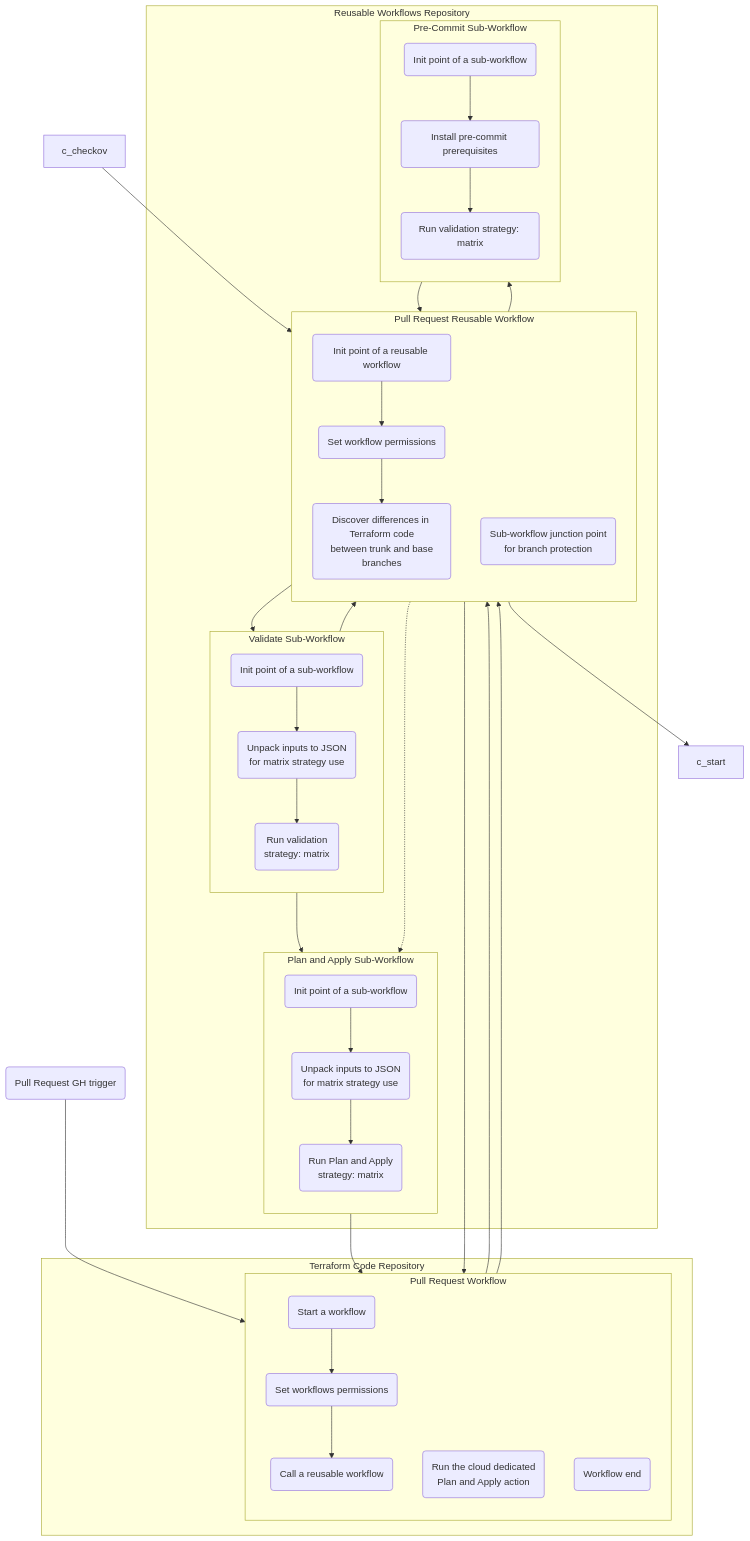
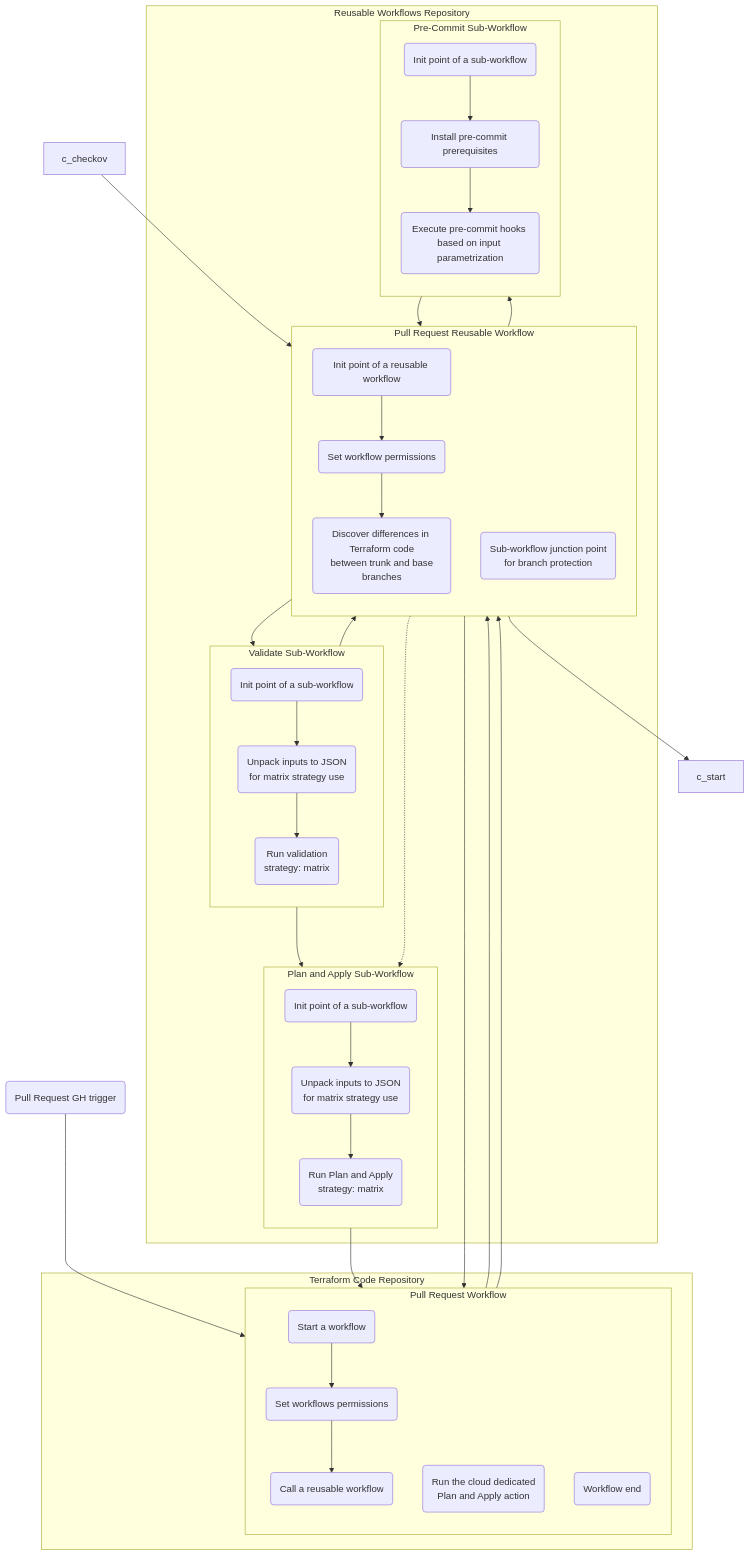
Before and after one commit to PaloAltoNetworks/terraform-modules-swfw-ci-workflows: the second of 2 diagrams in README.md, drawn with Mermaid. The commit also changed 3 other files, not shown here.

````diff
--- a/README.md
+++ b/README.md
@@ -42,51 +42,51 @@
 ```mermaid
 flowchart
   trig(Pull Request GH trigger) --> t_start
   subgraph Terraform Code Repository
     subgraph T [Pull Request Workflow]
         direction TB
         t_start(Start a workflow)-->t_init(Set workflows permissions)
         t_init-->t_call(Call a reusable workflow)
         t_apply_action(Run the cloud dedicated\nPlan and Apply action)
         t_stop(Workflow end)
     end
   end
   subgraph Reusable Workflows Repository
     subgraph G [Pull Request Reusable Workflow]
         direction TB
         g_start(Init point of a reusable workflow)-->g_init(Set workflow permissions)
         g_init-->g_diff(Discover differences in Terraform code\n between trunk and base branches)
         g_junction(Sub-workflow junction point\nfor branch protection)
     end
     subgraph V [Validate Sub-Workflow]
         direction TB
         v_start(Init point of a sub-workflow)-->v_unpack(Unpack inputs to JSON\nfor matrix strategy use)
         v_unpack-->v_validate(Run validation\nstrategy: matrix)
     end
     subgraph A [Plan and Apply Sub-Workflow]
         direction TB
         a_start(Init point of a sub-workflow)-->a_unpack(Unpack inputs to JSON\nfor matrix strategy use)
         a_unpack-->a_apply(Run Plan and Apply\nstrategy: matrix)
     end
     subgraph P [Pre-Commit Sub-Workflow]
         direction TB
         p_start(Init point of a sub-workflow)-->p_prereq(Install pre-commit prerequisites)
-        p_prereq-->p_pre_commit(Run validation strategy: matrix)
+        p_prereq-->p_pre_commit(Execute pre-commit hooks based on input parametrization)
     end
   end
   t_call-->g_start
   g_diff-->v_start
   g_diff-...->a_start
   g_init-->p_start
   g_init-->c_start
 
   v_validate-->a_start
 
   a_apply-->t_apply_action
 
   t_apply_action-->g_junction
   p_pre_commit-->g_junction
   c_checkov-->g_junction
   v_validate-->g_junction
   g_junction-->t_stop
 ```
````
